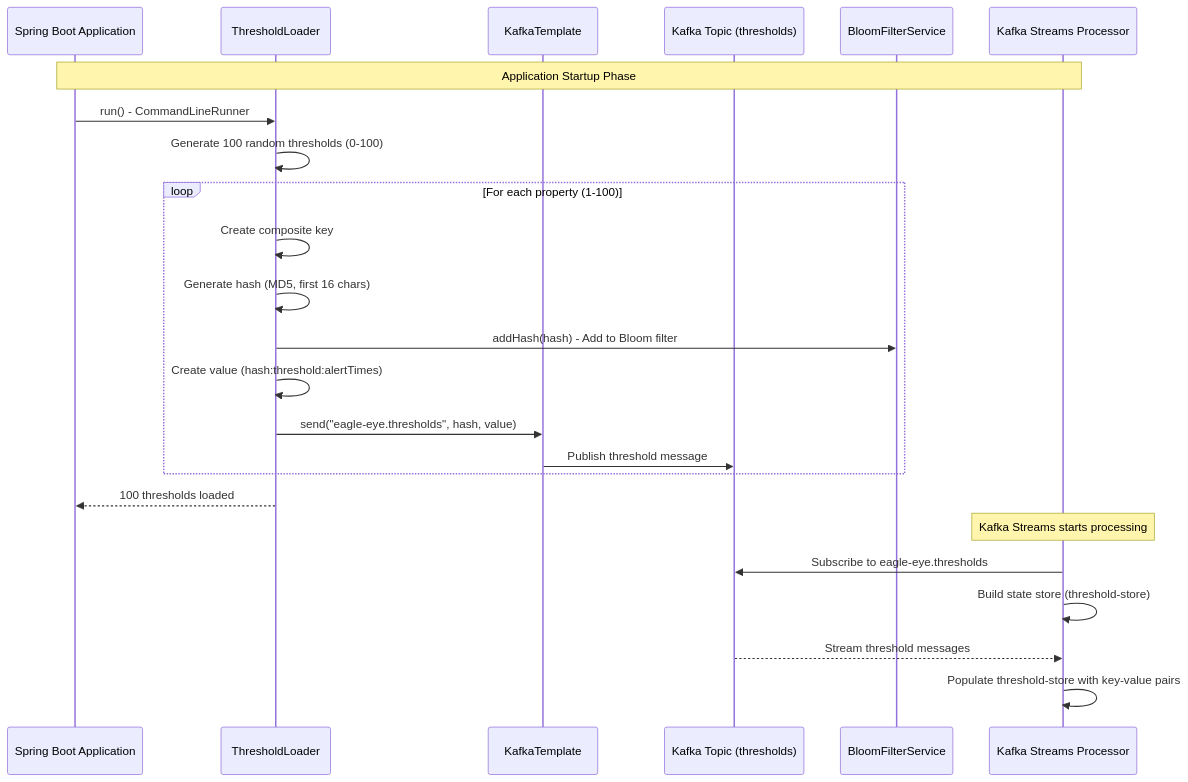
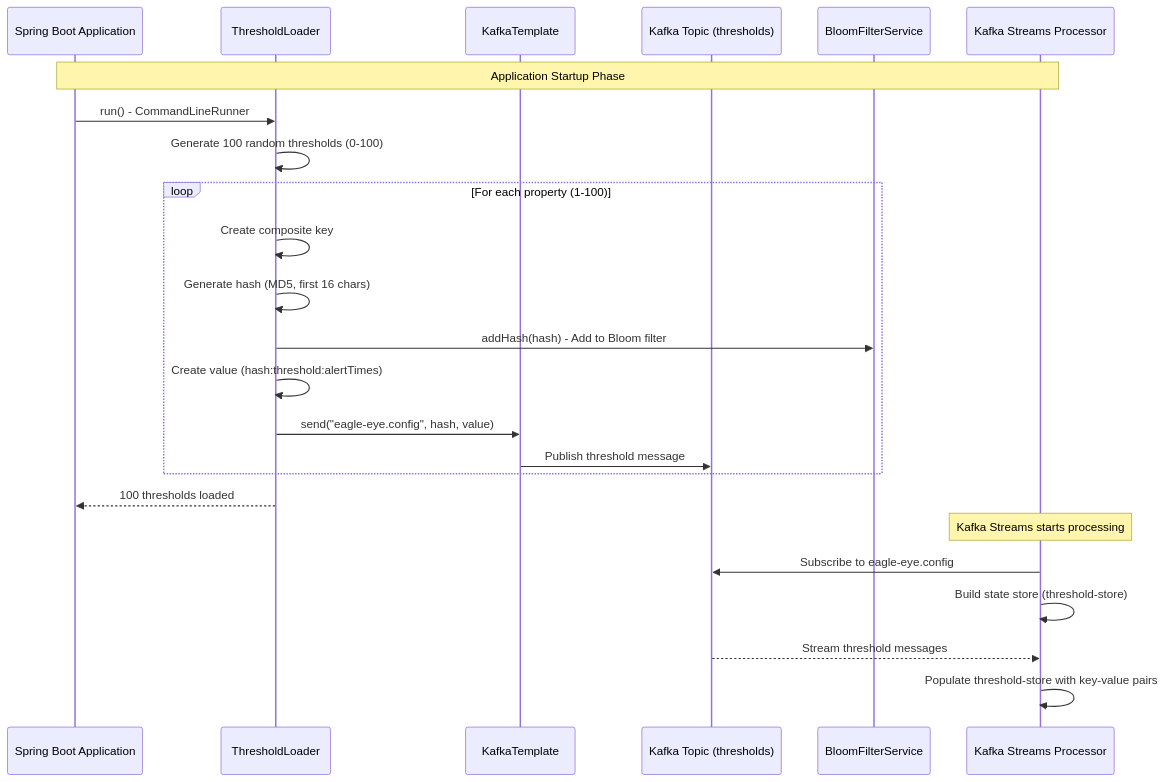
Before and after one commit to red2n/alerts: the second of 5 diagrams in SYSTEM-FLOW.md, drawn with Mermaid. The commit also changed other lines of this file and 8 other files, not shown here.

Commit message:
feat: Update documentation and scripts to reflect changes in Kafka topics from eagle-eye.thresholds and eagle-eye.eagle.max.alerts to eagle-eye.config and eagle-eye.alerts

````diff
--- a/SYSTEM-FLOW.md
+++ b/SYSTEM-FLOW.md
@@ -11,31 +117,31 @@
 ```mermaid
 sequenceDiagram
     participant App as Spring Boot Application
     participant TL as ThresholdLoader
     participant KT as KafkaTemplate
     participant KTopic as Kafka Topic (thresholds)
     participant BF as BloomFilterService
     participant KS as Kafka Streams Processor
 
     Note over App,KS: Application Startup Phase
 
     App->>TL: run() - CommandLineRunner
     TL->>TL: Generate 100 random thresholds (0-100)
 
     loop For each property (1-100)
         TL->>TL: Create composite key
         TL->>TL: Generate hash (MD5, first 16 chars)
         TL->>BF: addHash(hash) - Add to Bloom filter
         TL->>TL: Create value (hash:threshold:alertTimes)
-        TL->>KT: send("eagle-eye.thresholds", hash, value)
+        TL->>KT: send("eagle-eye.config", hash, value)
         KT->>KTopic: Publish threshold message
     end
 
     TL-->>App: 100 thresholds loaded
 
     Note over KS: Kafka Streams starts processing
-    KS->>KTopic: Subscribe to eagle-eye.thresholds
+    KS->>KTopic: Subscribe to eagle-eye.config
     KS->>KS: Build state store (threshold-store)
     KTopic-->>KS: Stream threshold messages
     KS->>KS: Populate threshold-store with key-value pairs
 ```
````
